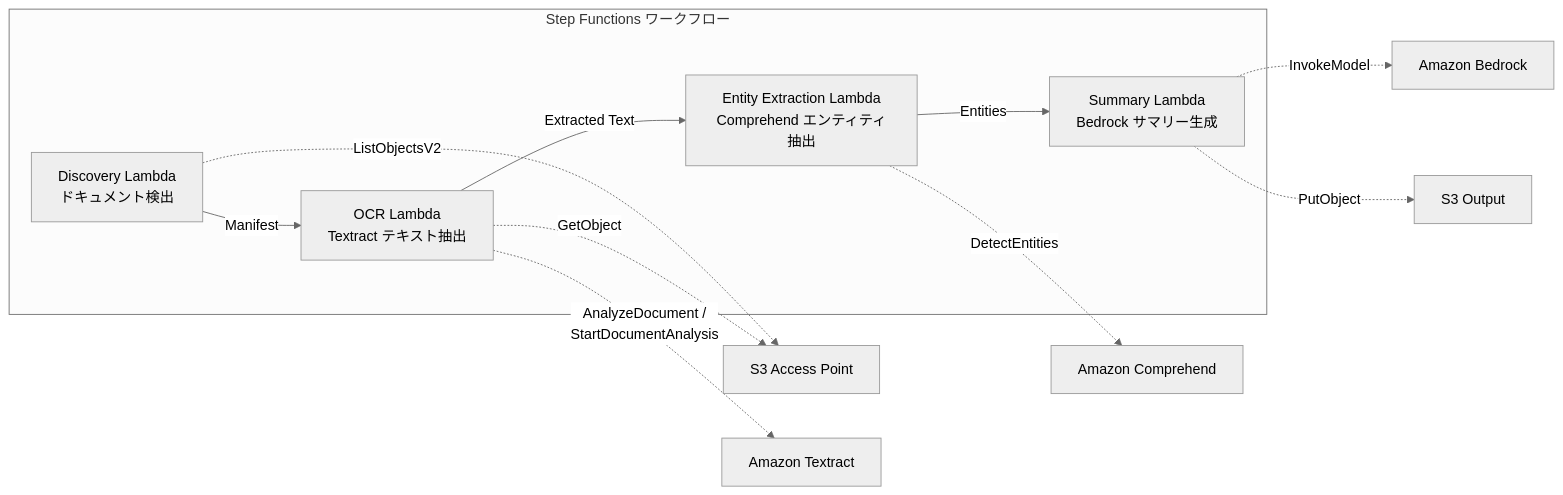
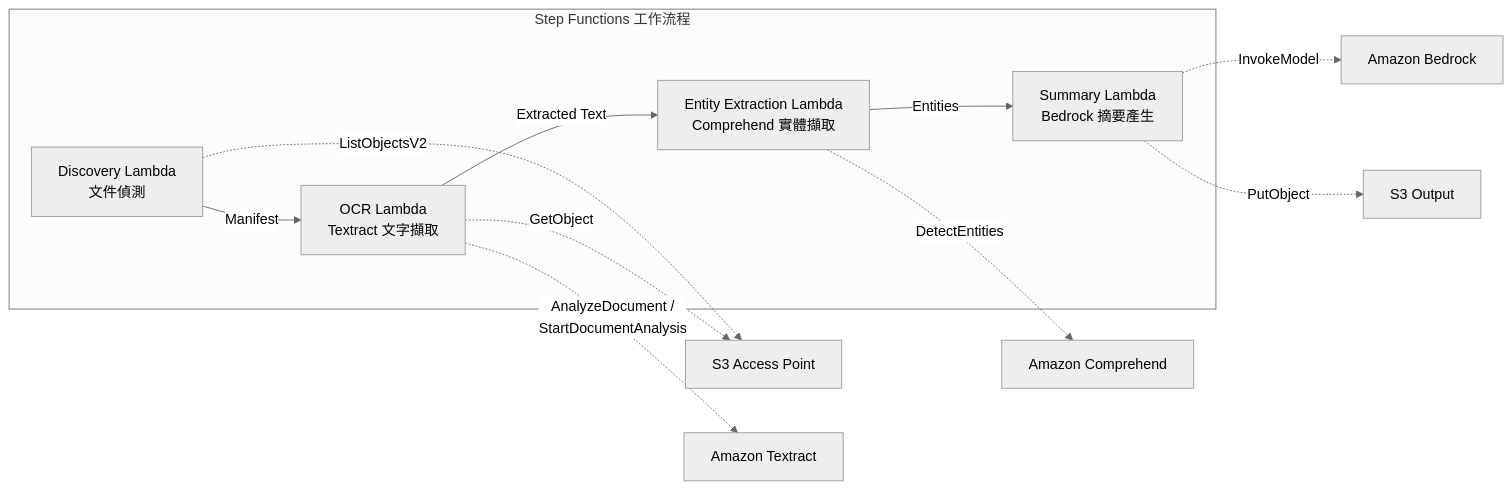
Before and after one commit to Yoshiki0705/FSx-for-ONTAP-S3AccessPoints-Serverless-Patterns: the diagram in solutions/industry/financial-idp/README.zh-TW.md, drawn with Mermaid (neutral theme). The commit also changed other lines of this file and 20 other files, not shown here.

````diff
--- a/solutions/industry/financial-idp/README.zh-TW.md
+++ b/solutions/industry/financial-idp/README.zh-TW.md
@@ -47,20 +52,20 @@
 ```mermaid
 graph LR
-    subgraph "Step Functions ワークフロー"
-        D[Discovery Lambda<br/>ドキュメント検出]
-        OCR[OCR Lambda<br/>Textract テキスト抽出]
-        ENT[Entity Extraction Lambda<br/>Comprehend エンティティ抽出]
-        SUM[Summary Lambda<br/>Bedrock サマリー生成]
+    subgraph "Step Functions 工作流程"
+        D[Discovery Lambda<br/>文件偵測]
+        OCR[OCR Lambda<br/>Textract 文字擷取]
+        ENT[Entity Extraction Lambda<br/>Comprehend 實體擷取]
+        SUM[Summary Lambda<br/>Bedrock 摘要產生]
     end
 
     D -->|Manifest| OCR
     OCR -->|Extracted Text| ENT
     ENT -->|Entities| SUM
 
     D -.->|ListObjectsV2| S3AP[S3 Access Point]
     OCR -.->|GetObject| S3AP
     OCR -.->|AnalyzeDocument /<br/>StartDocumentAnalysis| Textract[Amazon Textract]
     ENT -.->|DetectEntities| Comprehend[Amazon Comprehend]
     SUM -.->|InvokeModel| Bedrock[Amazon Bedrock]
     SUM -.->|PutObject| S3OUT[S3 Output]
 ```
````
